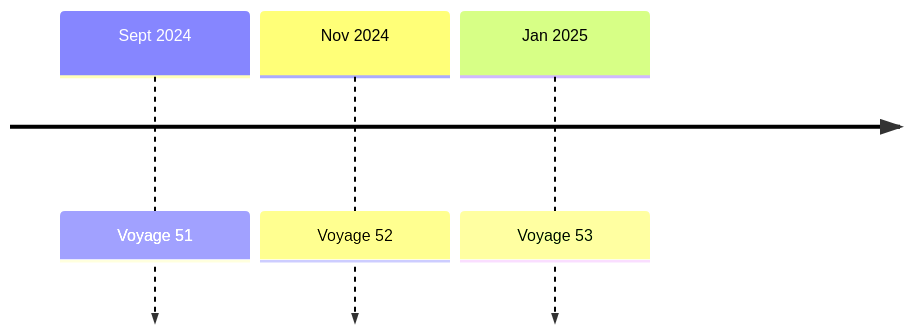
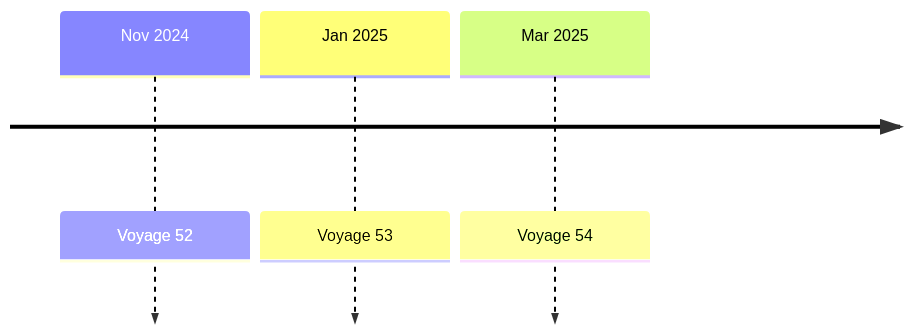
One commit to chingu-voyages/Handbook changed the diagram in docs/guides/voyage/voyage.md. Above: the diagram before and after it, drawn with Mermaid. The commit also changed other lines of this file, not shown here.

Commit message:
Feature: Add V54 to voyage schedule

````diff
--- a/docs/guides/voyage/voyage.md
+++ b/docs/guides/voyage/voyage.md
@@ -19,6 +19,6 @@
 ```mermaid
   timeline
-    Sept 2024 : Voyage 51
     Nov 2024 : Voyage 52
     Jan 2025 : Voyage 53
+    Mar 2025 : Voyage 54
 ```
````
